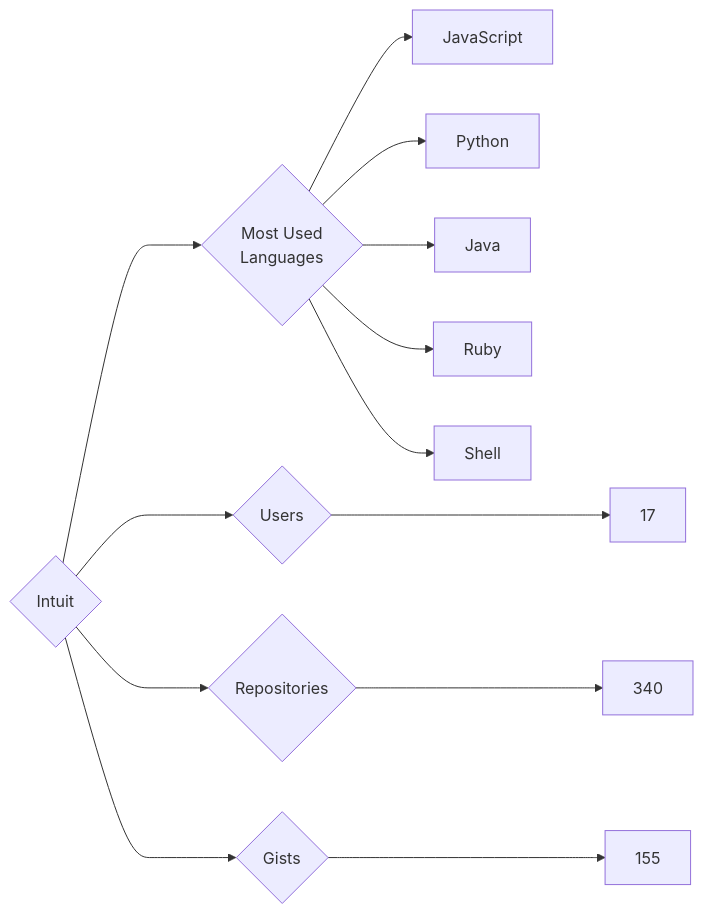
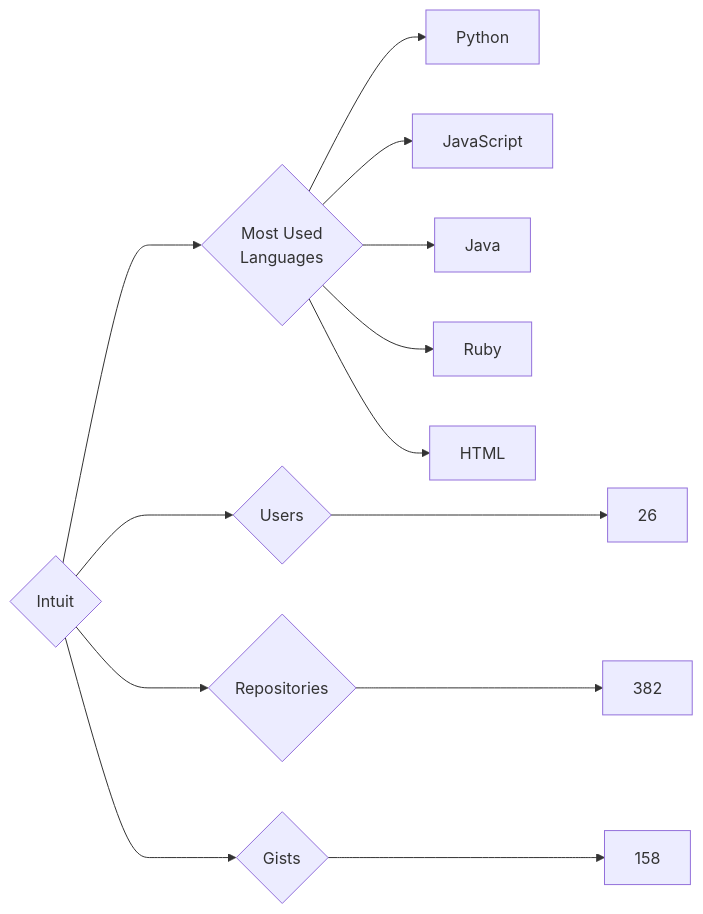
Before and after one commit to trickest/insiders: the diagram in targets/Intuit/README.md, drawn with Mermaid. The commit also changed 636 other files, not shown here.

````diff
--- a/targets/Intuit/README.md
+++ b/targets/Intuit/README.md
@@ -3,13 +3,13 @@
 ```mermaid
 graph LR
 COMPANY_NAME{Intuit}
-COMPANY_NAME ---> U{Users} ---> UN[17]
-COMPANY_NAME ---> R{Repositories} ---> RN[340]
-COMPANY_NAME ---> G{Gists} ---> GN[155]
+COMPANY_NAME ---> U{Users} ---> UN[26]
+COMPANY_NAME ---> R{Repositories} ---> RN[382]
+COMPANY_NAME ---> G{Gists} ---> GN[158]
 COMPANY_NAME ---> ML{Most Used<br>Languages}
+ML --> Python[Python]
 ML --> JavaScript[JavaScript]
-ML --> Python[Python]
 ML --> Java[Java]
 ML --> Ruby[Ruby]
-ML --> Shell[Shell]
+ML --> HTML[HTML]
 ```
````
